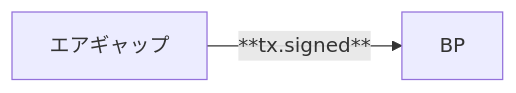
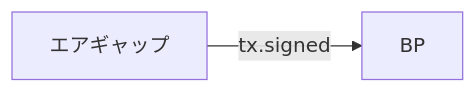
The third of 4 diagrams in docs/cardano/operation/calidus-key-generation.md (btbf/spojapanguild), drawn with Mermaid before and after one commit. The commit also changed other lines of this file and 61 other files, not shown here.

````diff
--- a/docs/cardano/operation/calidus-key-generation.md
+++ b/docs/cardano/operation/calidus-key-generation.md
@@ -262,4 +262,4 @@
     ``` mermaid
     graph LR
-        A[エアギャップ] -->|**tx.signed**| B[BP];
+        A[エアギャップ] -->|tx.signed| B[BP];
     ```
````
